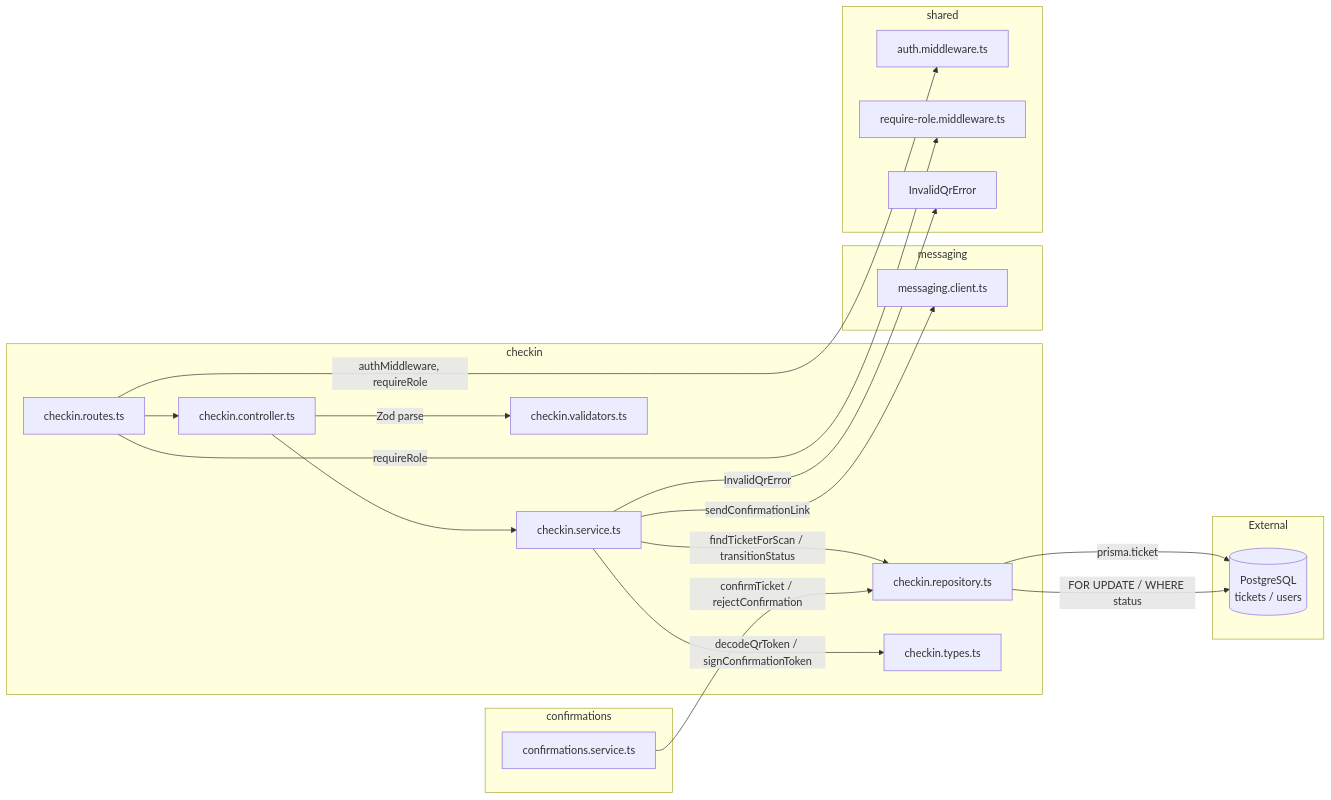
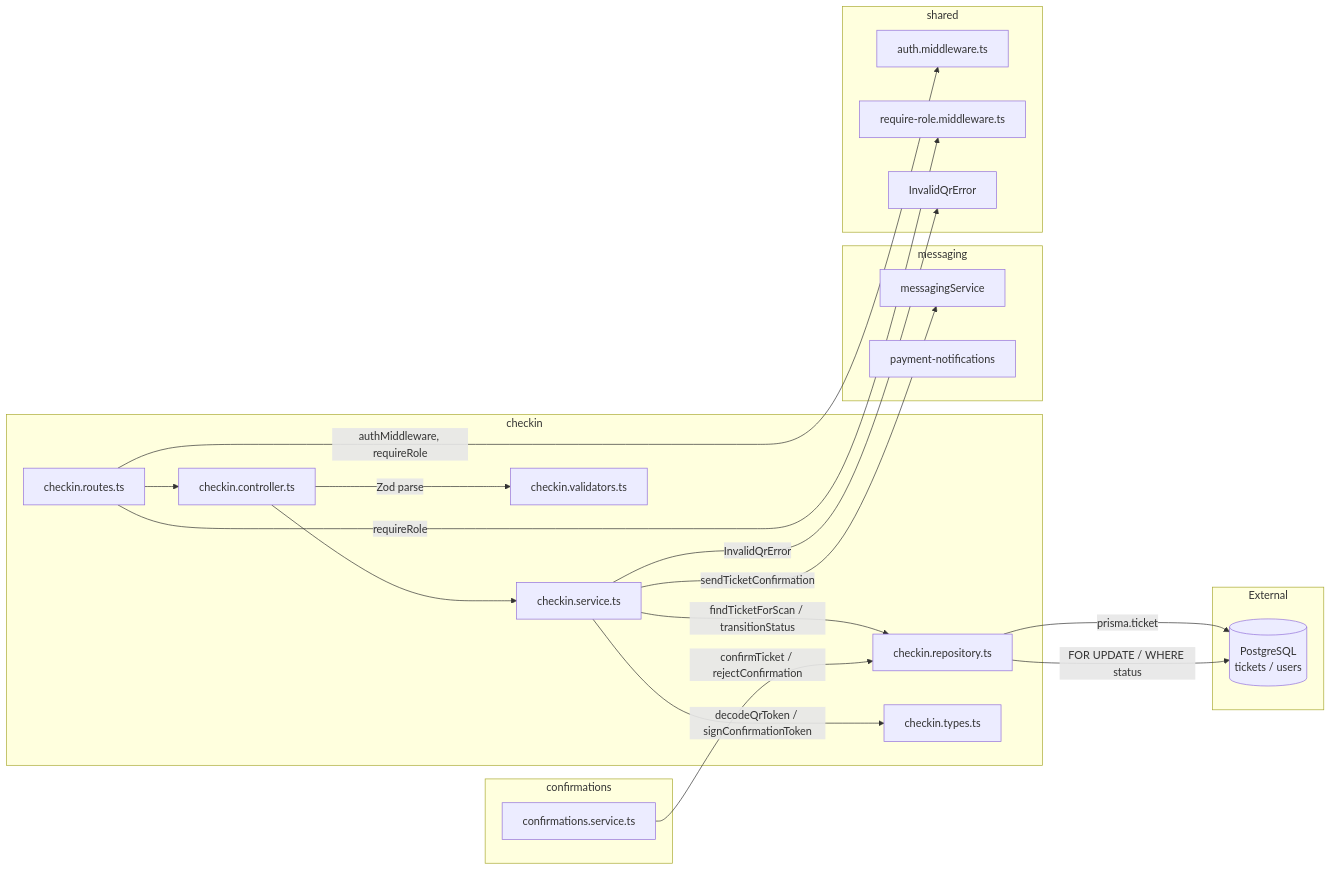
The third of 3 diagrams in backend/src/modules/checkin/README.md (User281167/venta-de-tickets), drawn with Mermaid before and after one commit. The commit also changed other lines of this file and 4 other files, not shown here.

````diff
--- a/backend/src/modules/checkin/README.md
+++ b/backend/src/modules/checkin/README.md
@@ -142,42 +146,43 @@
 ```mermaid
 graph LR
     subgraph checkin
         R[checkin.routes.ts]
         C[checkin.controller.ts]
         S[checkin.service.ts]
         Repo[checkin.repository.ts]
         V[checkin.validators.ts]
         T[checkin.types.ts]
     end
 
     subgraph messaging
-        MC[messaging.client.ts]
+        MS[messagingService]
+        NOT[payment-notifications]
     end
 
     subgraph confirmations
         CS[confirmations.service.ts]
     end
 
     subgraph shared
         Auth[auth.middleware.ts]
         Role[require-role.middleware.ts]
         ConfErr[InvalidQrError]
     end
 
     subgraph External
         DB[(PostgreSQL<br/>tickets / users)]
     end
 
     R -->|authMiddleware, requireRole| Auth
     R -->|requireRole| Role
     R --> C
     C -->|Zod parse| V
     C --> S
     S -->|decodeQrToken / signConfirmationToken| T
     S -->|findTicketForScan / transitionStatus| Repo
     S -->|InvalidQrError| ConfErr
-    S -->|sendConfirmationLink| MC
+    S -->|sendTicketConfirmation| MS
     CS -->|confirmTicket / rejectConfirmation| Repo
     Repo -->|prisma.ticket| DB
     Repo -->|FOR UPDATE / WHERE status| DB
 ```
````
